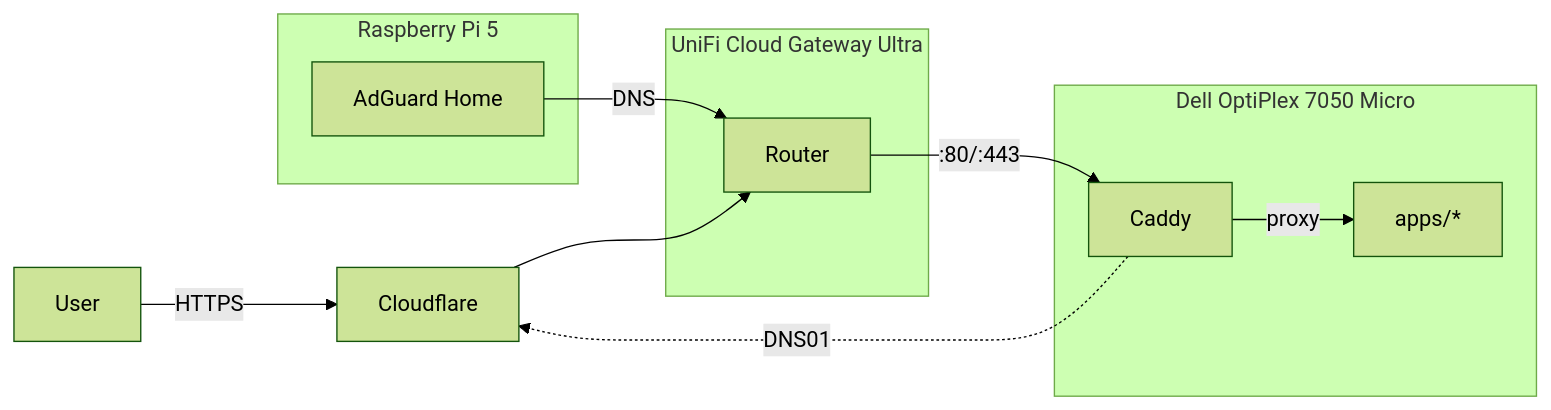
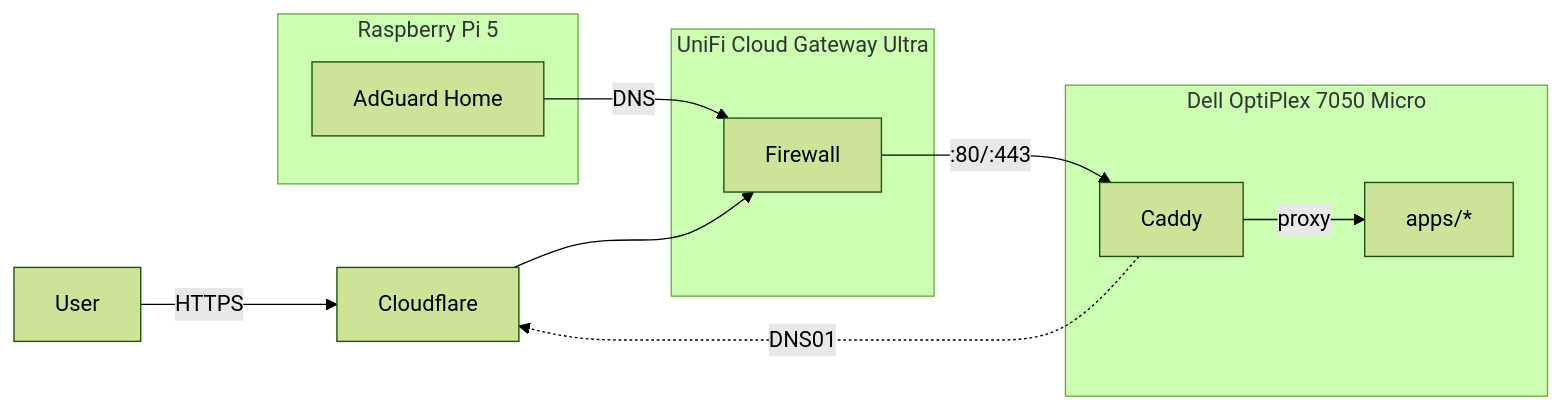
One commit to wajeht/home-ops changed the second of 2 diagrams in README.md. Above: the diagram before and after it, drawn with Mermaid (forest theme).

Commit message:
docs: clarify UniFi Cloud Gateway Ultra as a firewall

````diff
--- a/README.md
+++ b/README.md
@@ -40,22 +40,22 @@
 ```mermaid
 flowchart LR
     user[User] -->|HTTPS| cf[Cloudflare]
 
     subgraph pi[Raspberry Pi 5]
         adguard[AdGuard Home]
     end
 
     subgraph ucg[UniFi Cloud Gateway Ultra]
-        unifi[Router]
+        unifi[Firewall]
     end
 
     adguard -->|DNS| unifi
     cf --> unifi
     unifi -->|:80/:443| caddy
 
     subgraph dell[Dell OptiPlex 7050 Micro]
         caddy[Caddy] -->|proxy| apps[apps/*]
     end
 
     caddy -.->|DNS01| cf
 ```
````
